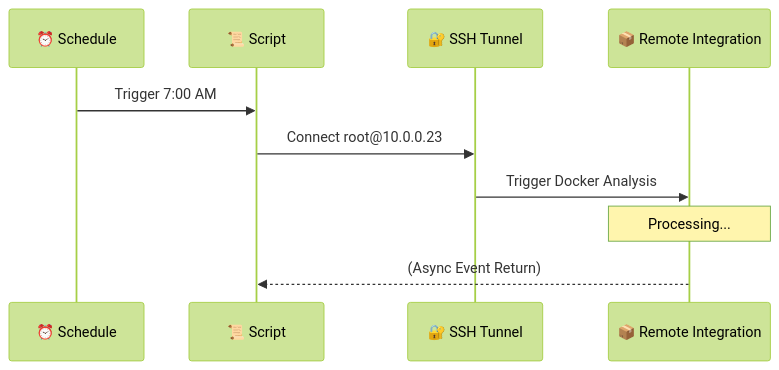
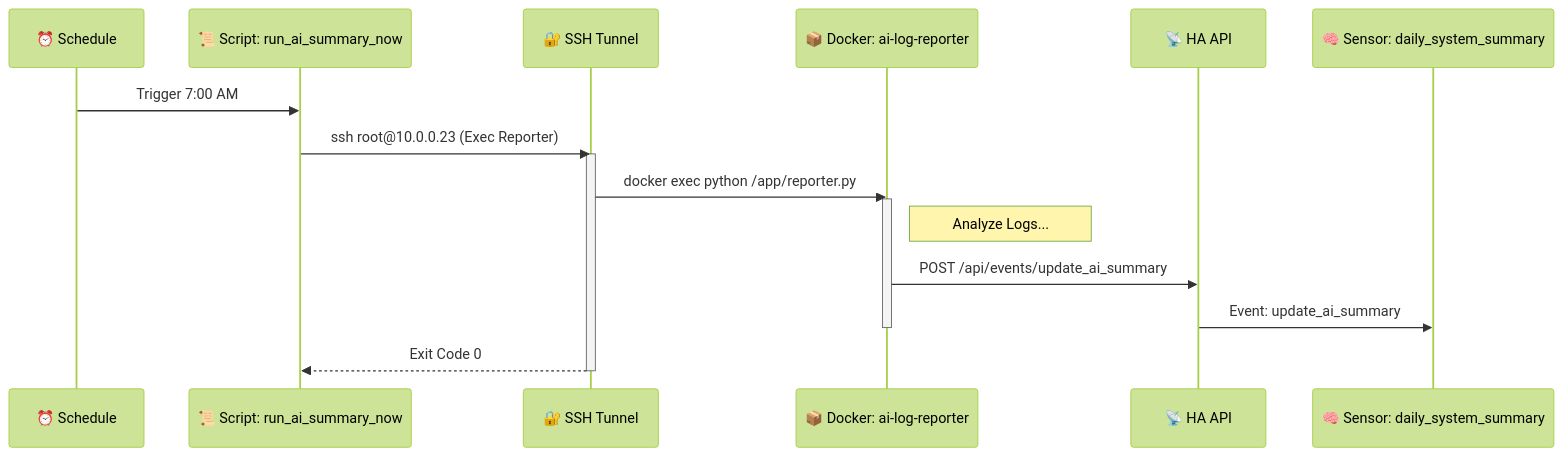
Before and after one commit to EvisHome/EvisHomeLab: the diagram in docs/smart-home/packages/ai_summary.md, drawn with Mermaid (forest theme). The commit also changed other lines of this file, not shown here.

Commit message:
Docs: Update AI Summary with Deep Analysis (Architecture & Process)

````diff
--- a/docs/smart-home/packages/ai_summary.md
+++ b/docs/smart-home/packages/ai_summary.md
@@ -40,13 +42,21 @@
 ```mermaid
 sequenceDiagram
     participant Sched as ⏰ Schedule
-    participant Script as 📜 Script
+    participant Script as 📜 Script: run_ai_summary_now
     participant SSH as 🔐 SSH Tunnel
-    participant Remote as 📦 Remote Integration
+    participant Remote as 📦 Docker: ai-log-reporter
+    participant API as 📡 HA API
+    participant Sensor as 🧠 Sensor: daily_system_summary
 
     Sched->>Script: Trigger 7:00 AM
-    Script->>SSH: Connect root@10.0.0.23
-    SSH->>Remote: Trigger Docker Analysis
-    Note over Remote: Processing...
-    Remote-->>Script: (Async Event Return)
+    Script->>SSH: ssh root@10.0.0.23 (Exec Reporter)
+    activate SSH
+    SSH->>Remote: docker exec python /app/reporter.py
+    activate Remote
+    Note right of Remote: Analyze Logs...
+    Remote->>API: POST /api/events/update_ai_summary
+    API->>Sensor: Event: update_ai_summary
+    deactivate Remote
+    SSH-->>Script: Exit Code 0
+    deactivate SSH
 ```
````
